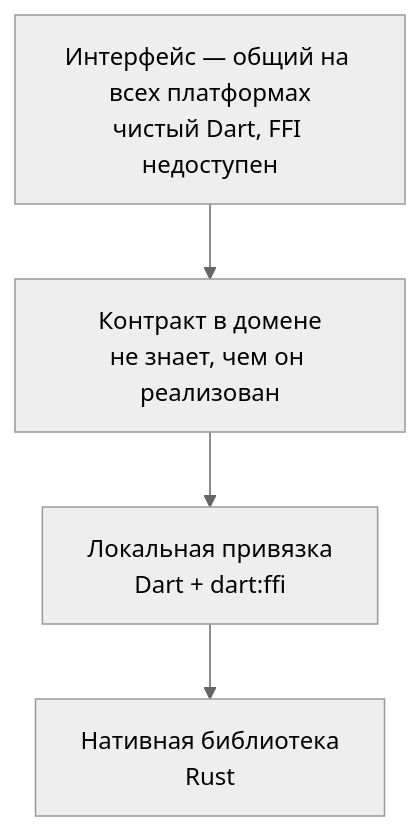
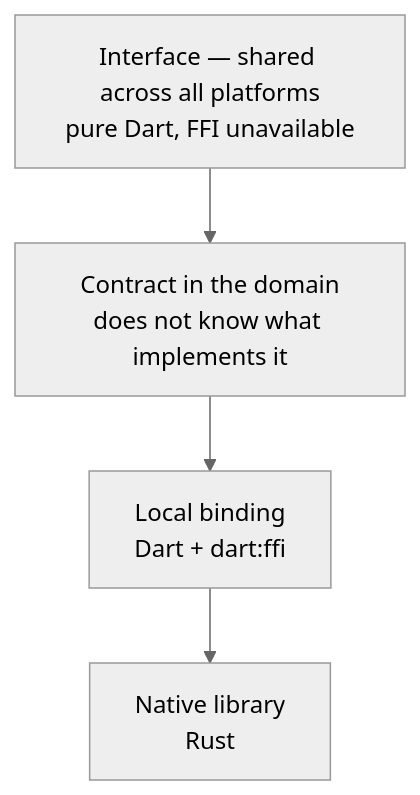
Before and after one commit to 0101001001001011/rk-quic: the diagram in doc/architecture.md, drawn with Mermaid (neutral theme). The commit also changed other lines of this file and 6 other files, not shown here.

````diff
--- a/doc/architecture.md
+++ b/doc/architecture.md
@@ -9,11 +5,11 @@
 ```mermaid
 flowchart TB
-    UI["Интерфейс — общий на всех платформах<br/>чистый Dart, FFI недоступен"]
-    D["Контракт в домене<br/>не знает, чем он реализован"]
-    L["Локальная привязка<br/>Dart + dart:ffi"]
-    N["Нативная библиотека<br/>Rust"]
+    UI["Interface — shared across all platforms<br/>pure Dart, FFI unavailable"]
+    D["Contract in the domain<br/>does not know what implements it"]
+    L["Local binding<br/>Dart + dart:ffi"]
+    N["Native library<br/>Rust"]
 
     UI --> D
     D --> L
     L --> N
 ```
````
